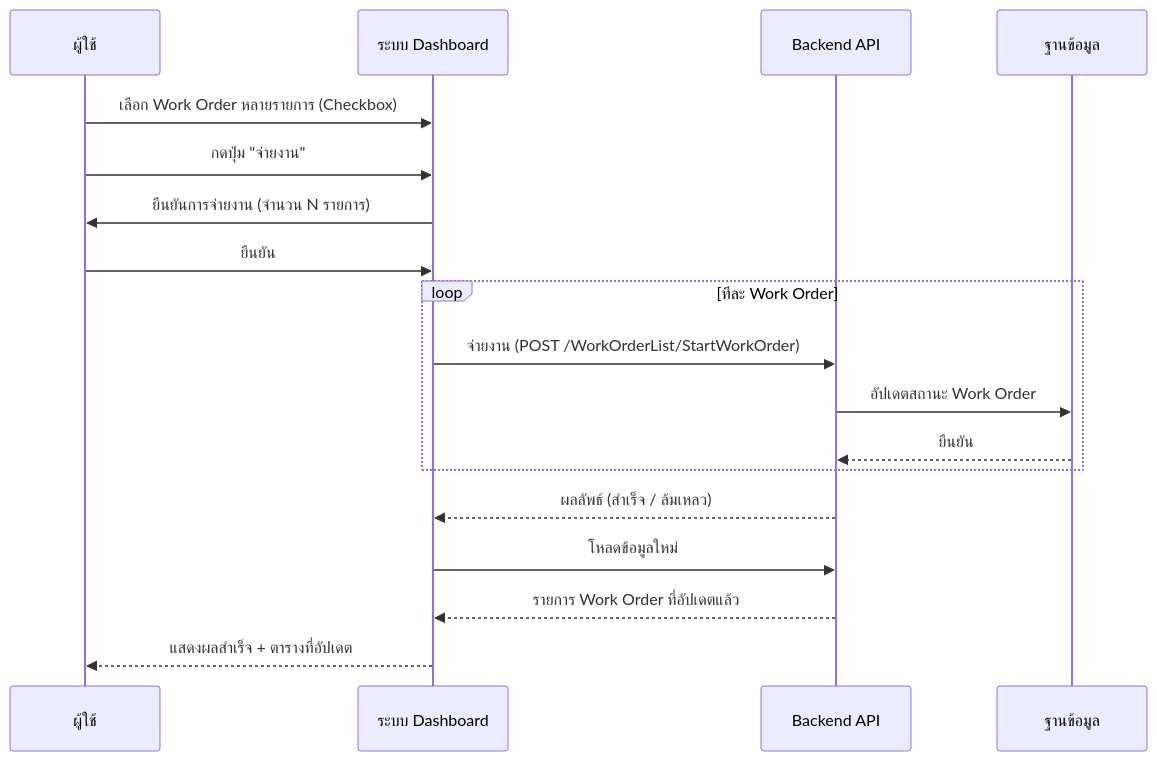
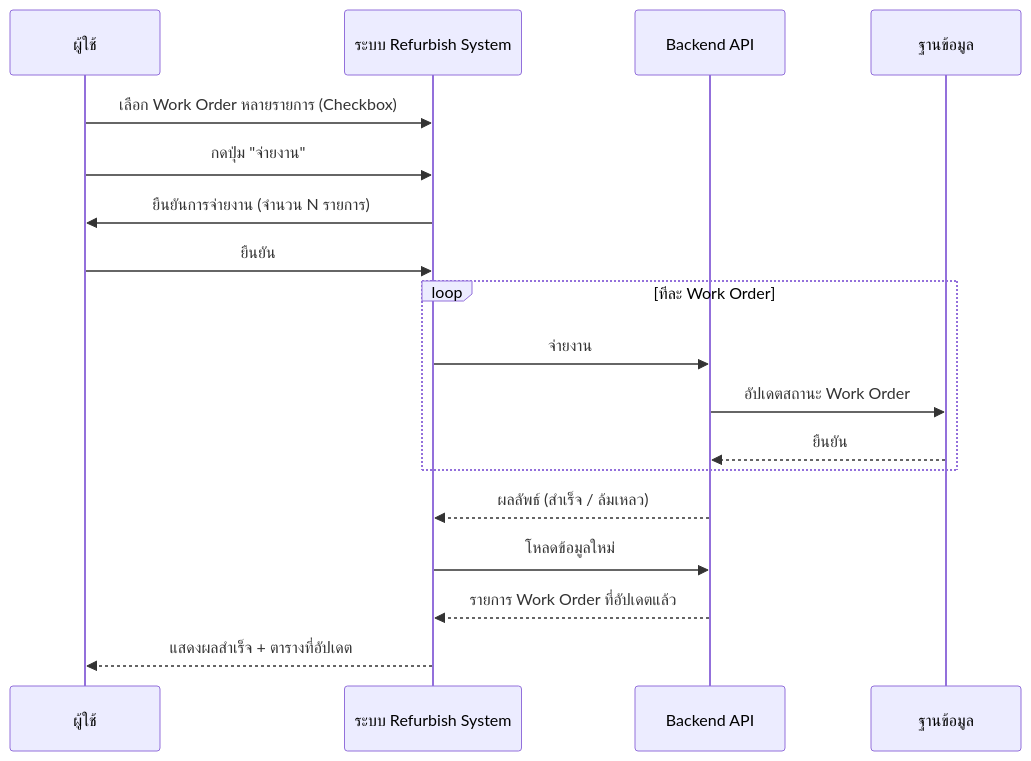
Before and after one commit to akkdach/pro-iot-mobile: the fourth of 4 diagrams in docs/DashboardRefurbish_SequenceDiagram.md, drawn with Mermaid. The commit also changed other lines of this file and 10 other files, not shown here.

````diff
--- a/docs/DashboardRefurbish_SequenceDiagram.md
+++ b/docs/DashboardRefurbish_SequenceDiagram.md
@@ -57,21 +57,21 @@
 ```mermaid
 sequenceDiagram
     participant U as ผู้ใช้
-    participant DB_UI as ระบบ Dashboard
+    participant DB_UI as ระบบ Refurbish System
     participant API as Backend API
     participant DB as ฐานข้อมูล
 
     U->>DB_UI: เลือก Work Order หลายรายการ (Checkbox)
     U->>DB_UI: กดปุ่ม "จ่ายงาน"
     DB_UI->>U: ยืนยันการจ่ายงาน (จำนวน N รายการ)
     U->>DB_UI: ยืนยัน
     loop ทีละ Work Order
-        DB_UI->>API: จ่ายงาน (POST /WorkOrderList/StartWorkOrder)
+        DB_UI->>API: จ่ายงาน
         API->>DB: อัปเดตสถานะ Work Order
         DB-->>API: ยืนยัน
     end
     API-->>DB_UI: ผลลัพธ์ (สำเร็จ / ล้มเหลว)
     DB_UI->>API: โหลดข้อมูลใหม่
     API-->>DB_UI: รายการ Work Order ที่อัปเดตแล้ว
     DB_UI-->>U: แสดงผลสำเร็จ + ตารางที่อัปเดต
 ```
````
